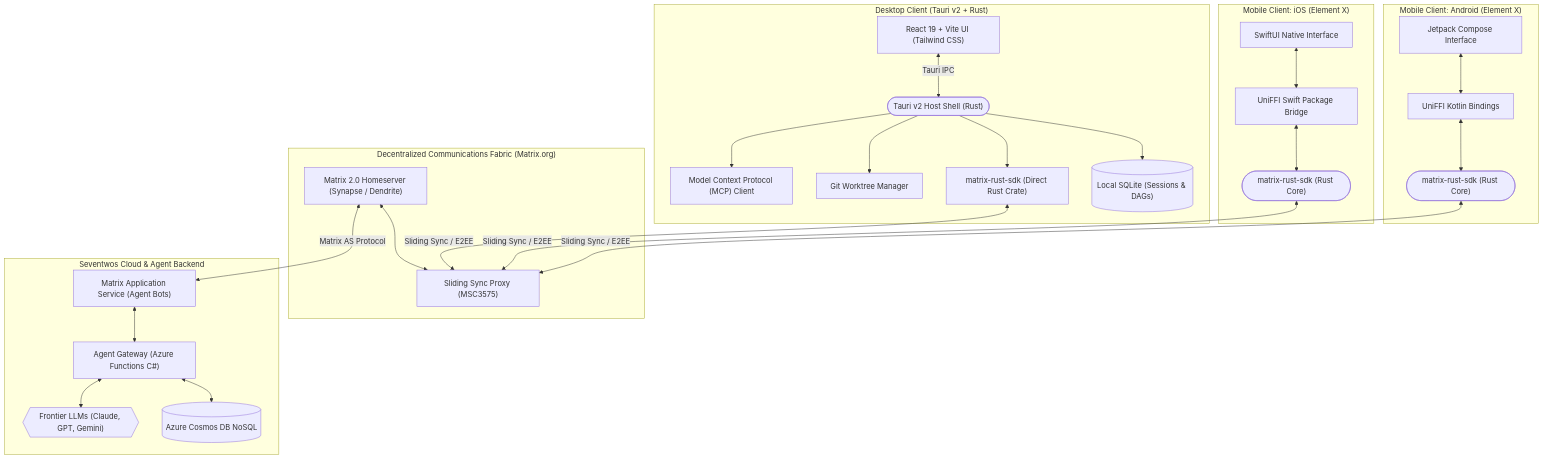
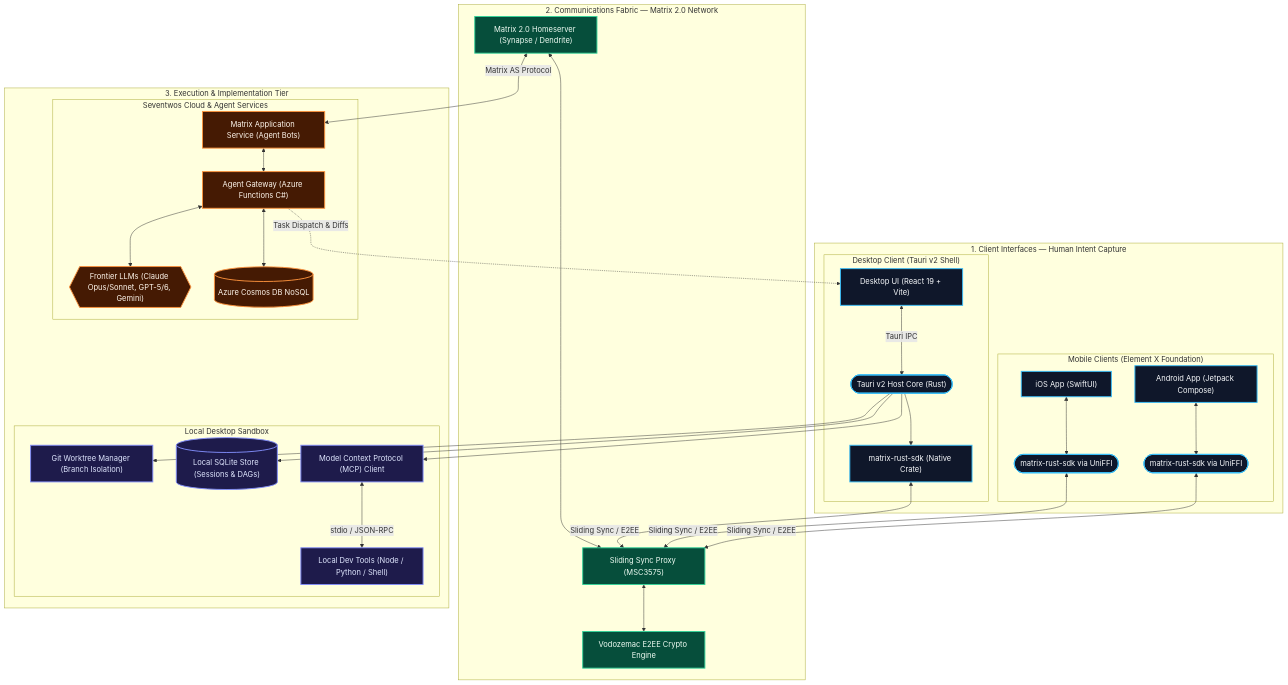
One commit to seventwos-app/how-we-work changed the first of 2 diagrams in stack.md. Above: the diagram before and after it, drawn with Mermaid. The commit also changed 4 other files, not shown here.

Commit message:
docs: establish System Cartographer agent and elevate system landscape diagrams

````diff
--- a/stack.md
+++ b/stack.md
@@ -43,54 +43,79 @@
 ```mermaid
 graph TD
-    subgraph DesktopClient ["Desktop Client (Tauri v2 + Rust)"]
-        D_UI["React 19 + Vite UI (Tailwind CSS)"]
-        D_Tauri(["Tauri v2 Host Shell (Rust)"])
-        D_MCP["Model Context Protocol (MCP) Client"]
-        D_Git["Git Worktree Manager"]
-        D_Matrix["matrix-rust-sdk (Direct Rust Crate)"]
-        D_SQLite[("Local SQLite (Sessions & DAGs)")]
-        
-        D_UI <-->|Tauri IPC| D_Tauri
-        D_Tauri --> D_MCP
-        D_Tauri --> D_Git
-        D_Tauri --> D_SQLite
-        D_Tauri --> D_Matrix
+    %% Styling Classes for Zoned Architecture
+    classDef clientZone fill:#0f172a,stroke:#38bdf8,stroke-width:2px,color:#f8fafc;
+    classDef matrixZone fill:#064e3b,stroke:#34d399,stroke-width:2px,color:#f0fdf4;
+    classDef execZone fill:#1e1b4b,stroke:#818cf8,stroke-width:2px,color:#e0e7ff;
+    classDef cloudZone fill:#451a03,stroke:#fb923c,stroke-width:2px,color:#fff7ed;
+
+    %% Tier 1: Client Interfaces (Intent Capture)
+    subgraph Clients ["1. Client Interfaces — Human Intent Capture"]
+        subgraph DesktopClient ["Desktop Client (Tauri v2 Shell)"]
+            D_UI["Desktop UI (React 19 + Vite)"]
+            D_Tauri(["Tauri v2 Host Core (Rust)"])
+            D_Matrix["matrix-rust-sdk (Native Crate)"]
+            D_UI <-->|Tauri IPC| D_Tauri
+            D_Tauri --> D_Matrix
+        end
+
+        subgraph MobileClients ["Mobile Clients (Element X Foundation)"]
+            iOS_UI["iOS App (SwiftUI)"]
+            iOS_Rust(["matrix-rust-sdk via UniFFI"])
+            iOS_UI <--> iOS_Rust
+
+            And_UI["Android App (Jetpack Compose)"]
+            And_Rust(["matrix-rust-sdk via UniFFI"])
+            And_UI <--> And_Rust
+        end
     end
 
-    subgraph Mobile_iOS ["Mobile Client: iOS (Element X)"]
-        iOS_UI["SwiftUI Native Interface"]
-        iOS_FFI["UniFFI Swift Package Bridge"]
-        iOS_Rust(["matrix-rust-sdk (Rust Core)"])
-        iOS_UI <--> iOS_FFI <--> iOS_Rust
+    %% Tier 2: Communications Fabric (Real-Time Decentralized Coordination)
+    subgraph Fabric ["2. Communications Fabric — Matrix 2.0 Network"]
+        Homeserver["Matrix 2.0 Homeserver (Synapse / Dendrite)"]
+        SlidingSync["Sliding Sync Proxy (MSC3575)"]
+        Vodozemac["Vodozemac E2EE Crypto Engine"]
+        Homeserver <--> SlidingSync
+        SlidingSync <--> Vodozemac
     end
 
-    subgraph Mobile_Android ["Mobile Client: Android (Element X)"]
-        And_UI["Jetpack Compose Interface"]
-        And_FFI["UniFFI Kotlin Bindings"]
-        And_Rust(["matrix-rust-sdk (Rust Core)"])
-        And_UI <--> And_FFI <--> And_Rust
+    %% Tier 3: Execution & Agent Intelligence
+    subgraph Execution ["3. Execution & Implementation Tier"]
+        subgraph LocalExecution ["Local Desktop Sandbox"]
+            D_Git["Git Worktree Manager (Branch Isolation)"]
+            D_SQLite[("Local SQLite Store (Sessions & DAGs)")]
+            D_MCP["Model Context Protocol (MCP) Client"]
+            LocalTools["Local Dev Tools (Node / Python / Shell)"]
+            
+            D_Tauri --> D_Git
+            D_Tauri --> D_SQLite
+            D_Tauri --> D_MCP
+            D_MCP <-->|stdio / JSON-RPC| LocalTools
+        end
+
+        subgraph CloudBackend ["Seventwos Cloud & Agent Services"]
+            MatrixAS["Matrix Application Service (Agent Bots)"]
+            AgentGateway["Agent Gateway (Azure Functions C#)"]
+            FrontierLLMs{{"Frontier LLMs (Claude Opus/Sonnet, GPT-5/6, Gemini)"}}
+            CosmosDB[("Azure Cosmos DB NoSQL")]
+
+            MatrixAS <--> AgentGateway
+            AgentGateway <--> FrontierLLMs
+            AgentGateway <--> CosmosDB
+        end
     end
 
-    subgraph MatrixNetwork ["Decentralized Communications Fabric (Matrix.org)"]
-        Homeserver["Matrix 2.0 Homeserver (Synapse / Dendrite)"]
-        SlidingSync["Sliding Sync Proxy (MSC3575)"]
-        Homeserver <--> SlidingSync
-    end
-
-    subgraph AgentBackend ["Seventwos Cloud & Agent Backend"]
-        MatrixAS["Matrix Application Service (Agent Bots)"]
-        AgentGateway["Agent Gateway (Azure Functions C#)"]
-        FrontierLLMs{{"Frontier LLMs (Claude, GPT, Gemini)"}}
-        CosmosDB[("Azure Cosmos DB NoSQL")]
-        
-        MatrixAS <--> AgentGateway
-        AgentGateway <--> FrontierLLMs
-        AgentGateway <--> CosmosDB
-    end
-
+    %% Cross-Tier Connections
     D_Matrix <-->|Sliding Sync / E2EE| SlidingSync
     iOS_Rust <-->|Sliding Sync / E2EE| SlidingSync
     And_Rust <-->|Sliding Sync / E2EE| SlidingSync
-    
+
     Homeserver <-->|Matrix AS Protocol| MatrixAS
+    AgentGateway -.->|Task Dispatch & Diffs| D_UI
+
+    %% Apply Class Styles
+    class D_UI,iOS_UI,And_UI clientZone;
+    class D_Tauri,iOS_Rust,And_Rust,D_Matrix clientZone;
+    class Homeserver,SlidingSync,Vodozemac matrixZone;
+    class D_Git,D_SQLite,D_MCP,LocalTools execZone;
+    class MatrixAS,AgentGateway,FrontierLLMs,CosmosDB cloudZone;
 ```
````
